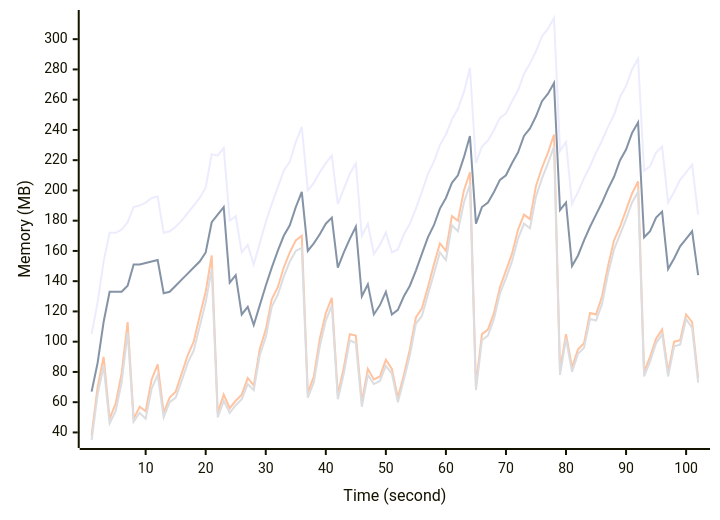
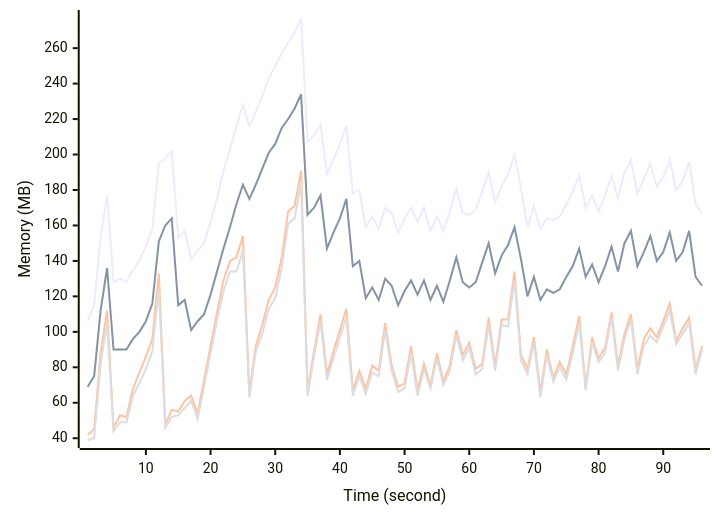
The diagram in docs/benchmarks/AMD Ryzen 9 7940HS w Radeon 780M Graphics.md (samchon/nestia-start), drawn with Mermaid before and after one commit. The commit also changed other lines of this file and 1 other file, not shown here.

````diff
--- a/docs/benchmarks/AMD Ryzen 9 7940HS w Radeon 780M Graphics.md
+++ b/docs/benchmarks/AMD Ryzen 9 7940HS w Radeon 780M Graphics.md
@@ -25,9 +25,9 @@
 ```mermaid
 xychart-beta
   x-axis "Time (second)"
   y-axis "Memory (MB)"
-  line [105, 126, 153, 172, 172, 174, 179, 189, 190, 192, 195, 196, 172, 173, 176, 180, 185, 190, 195, 202, 224, 223, 228, 180, 183, 159, 164, 151, 165, 179, 191, 202, 213, 219, 232, 242, 200, 205, 212, 218, 223, 191, 201, 211, 218, 170, 178, 158, 164, 172, 159, 161, 171, 178, 188, 199, 211, 219, 230, 237, 247, 254, 265, 281, 218, 229, 233, 240, 248, 251, 259, 266, 277, 284, 292, 302, 307, 314, 226, 232, 191, 199, 208, 216, 225, 233, 242, 250, 262, 269, 280, 287, 213, 216, 225, 229, 192, 199, 207, 212, 217, 184]
-  line [67, 86, 113, 133, 133, 133, 137, 151, 151, 152, 153, 154, 132, 133, 137, 141, 145, 149, 153, 159, 179, 184, 189, 139, 144, 118, 123, 111, 124, 137, 149, 160, 170, 177, 189, 199, 160, 165, 171, 178, 182, 149, 159, 168, 176, 130, 138, 118, 124, 133, 118, 121, 130, 137, 147, 158, 169, 177, 188, 195, 205, 210, 222, 236, 178, 189, 192, 199, 207, 210, 218, 225, 236, 241, 249, 259, 264, 271, 187, 192, 150, 157, 167, 176, 184, 192, 201, 209, 220, 227, 238, 245, 169, 173, 182, 186, 148, 155, 163, 168, 173, 144]
-  line [38, 70, 90, 49, 59, 79, 113, 49, 57, 54, 75, 85, 53, 63, 67, 79, 91, 100, 117, 133, 157, 53, 65, 56, 61, 65, 76, 71, 95, 108, 128, 136, 149, 159, 167, 170, 66, 77, 102, 119, 129, 65, 83, 105, 104, 60, 82, 75, 77, 88, 82, 63, 78, 95, 116, 122, 136, 151, 165, 160, 183, 180, 200, 212, 71, 105, 108, 119, 136, 147, 158, 174, 184, 181, 203, 215, 225, 237, 81, 105, 83, 95, 99, 119, 118, 130, 150, 167, 176, 187, 198, 206, 80, 90, 102, 108, 80, 100, 101, 118, 113, 76]
-  line [35, 65, 84, 46, 54, 73, 106, 47, 53, 49, 69, 78, 50, 60, 63, 74, 86, 94, 110, 126, 148, 50, 61, 53, 58, 62, 72, 68, 91, 103, 123, 131, 143, 153, 160, 162, 63, 73, 97, 114, 124, 62, 79, 101, 99, 57, 78, 72, 74, 84, 79, 60, 75, 91, 112, 117, 131, 145, 159, 154, 177, 173, 192, 204, 68, 101, 104, 115, 132, 142, 153, 168, 178, 175, 196, 208, 218, 229, 78, 102, 80, 92, 96, 115, 114, 125, 145, 161, 171, 181, 192, 199, 77, 87, 99, 105, 77, 97, 98, 115, 109, 73]
+  line "Resident Set Size" [106, 115, 153, 177, 128, 130, 128, 135, 140, 148, 158, 195, 198, 202, 153, 157, 141, 146, 150, 162, 175, 191, 203, 216, 228, 216, 224, 233, 243, 250, 257, 263, 269, 277, 207, 211, 217, 189, 197, 206, 216, 178, 180, 159, 165, 158, 170, 167, 156, 164, 170, 162, 170, 157, 165, 157, 168, 181, 167, 166, 169, 179, 190, 173, 182, 189, 200, 181, 159, 171, 158, 164, 163, 165, 172, 179, 188, 170, 177, 168, 177, 188, 175, 190, 197, 178, 186, 195, 182, 187, 197, 180, 185, 196, 172, 167]
+  line "Heap Total" [69, 75, 112, 136, 90, 90, 90, 96, 100, 106, 116, 151, 160, 164, 115, 118, 101, 106, 110, 121, 134, 147, 159, 172, 183, 175, 183, 192, 201, 206, 215, 220, 226, 234, 166, 170, 177, 147, 156, 164, 175, 137, 140, 119, 125, 118, 130, 126, 115, 123, 129, 121, 129, 118, 126, 117, 129, 142, 128, 125, 128, 139, 150, 133, 143, 149, 159, 141, 120, 131, 118, 124, 122, 124, 131, 137, 147, 131, 138, 128, 137, 148, 134, 150, 157, 137, 145, 154, 140, 145, 156, 140, 145, 157, 131, 126]
+  line "Heap Used + External" [42, 45, 88, 112, 46, 53, 52, 68, 77, 86, 96, 133, 48, 56, 55, 61, 64, 54, 73, 92, 111, 129, 140, 142, 154, 66, 92, 104, 118, 125, 142, 168, 171, 191, 67, 89, 110, 76, 89, 101, 113, 67, 78, 68, 81, 78, 105, 81, 69, 71, 92, 67, 82, 70, 88, 72, 81, 101, 87, 94, 79, 82, 108, 81, 107, 107, 134, 87, 79, 97, 66, 90, 74, 83, 76, 92, 109, 69, 97, 85, 91, 111, 81, 99, 110, 79, 96, 102, 97, 106, 116, 95, 102, 108, 79, 92]
+  line "Heap Used Only" [39, 40, 82, 105, 44, 49, 49, 64, 71, 79, 89, 124, 46, 52, 53, 57, 61, 51, 69, 88, 106, 123, 134, 134, 146, 63, 89, 99, 113, 119, 136, 161, 164, 184, 64, 86, 106, 73, 85, 97, 108, 64, 75, 65, 77, 75, 101, 78, 66, 68, 88, 64, 79, 68, 85, 70, 78, 98, 84, 91, 76, 79, 104, 78, 104, 103, 129, 84, 76, 94, 63, 87, 72, 80, 73, 88, 105, 67, 94, 83, 88, 108, 78, 96, 107, 76, 92, 98, 94, 103, 112, 93, 99, 105, 76, 90]
 ```
````
